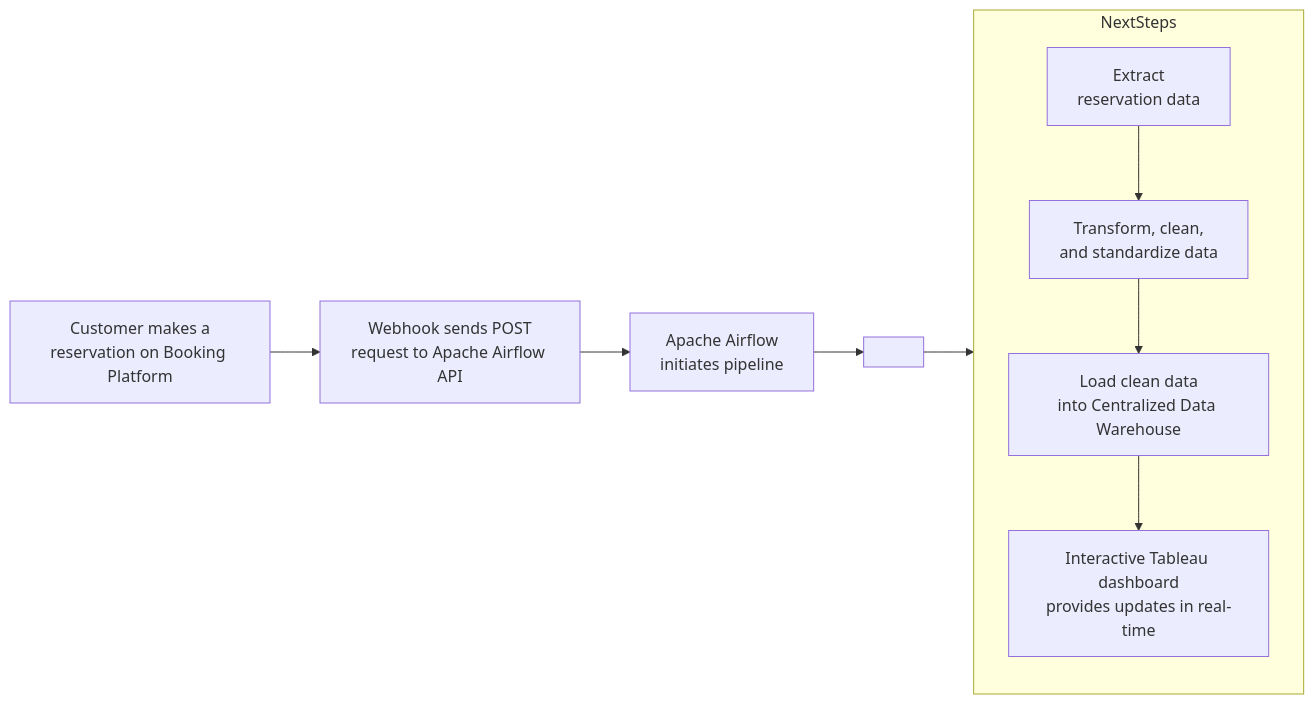
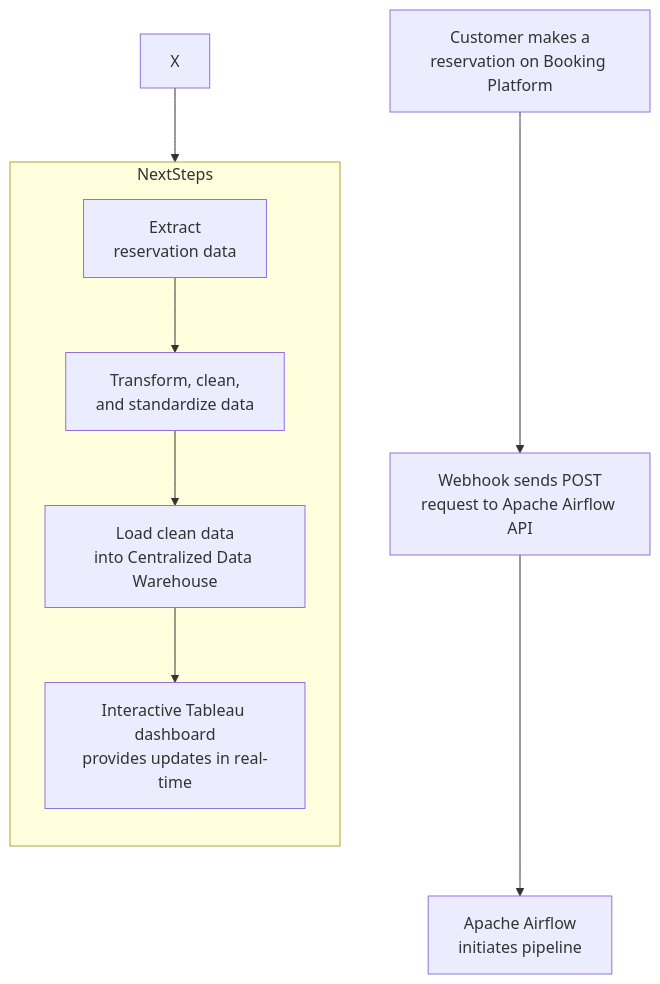
Before and after one commit to psgpyc/Simulated-Restaurant-Booking-System-with-Real-Time-ETL-Pipeline-Using-Django-Webhooks-Airflow-Po: the diagram in README.md, drawn with Mermaid.

````diff
--- a/README.md
+++ b/README.md
@@ -25,21 +25,19 @@
 ```mermaid
-flowchart LR
+flowchart TB
     %% Three nodes arranged horizontally with manual line breaks for wrapping
     A["Customer makes a<br/>reservation on Booking Platform"] --> 
     B["Webhook sends POST<br/>request to Apache Airflow API"] --> 
     C["Apache Airflow<br/>initiates pipeline"]
 
-    %% Dummy node to break out of horizontal flow
-    C --> X[" "]
 
     %% Subgraph for vertical flow (top-to-bottom)
     subgraph NextSteps
     direction TB
         D["Extract<br/>reservation data"] --> 
         E["Transform, clean,<br/>and standardize data"] --> 
         F["Load clean data<br/>into Centralized Data Warehouse"] --> 
         G["Interactive Tableau dashboard<br/>provides updates in real-time"]
     end
 
     X --> D
 ```
````
